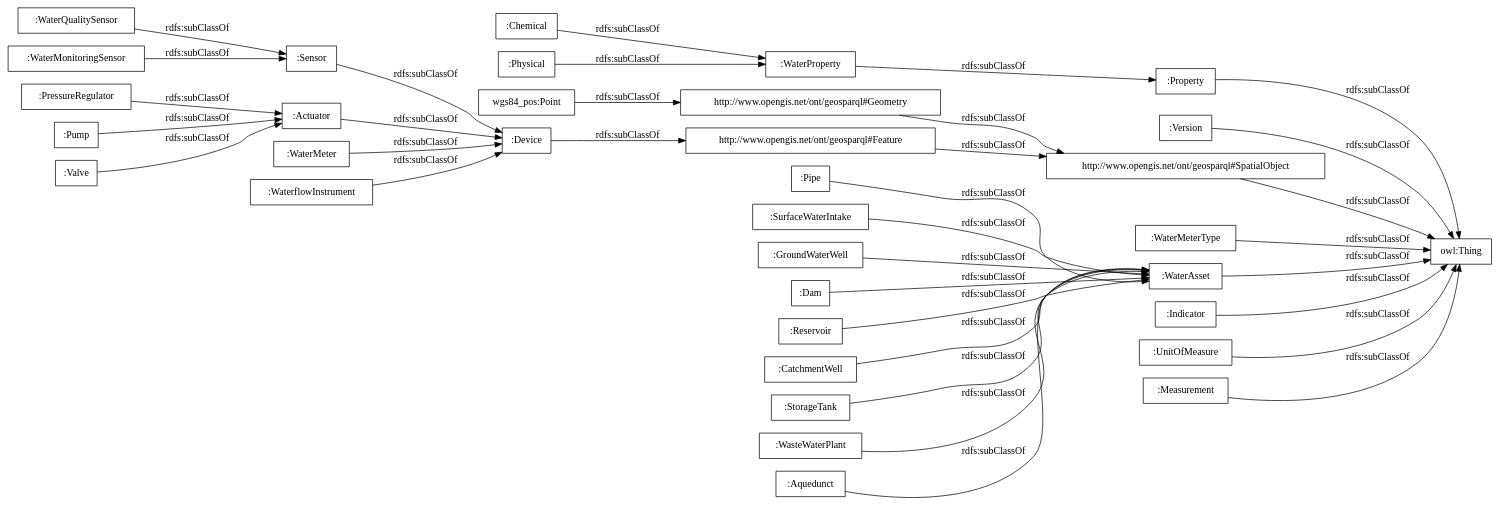
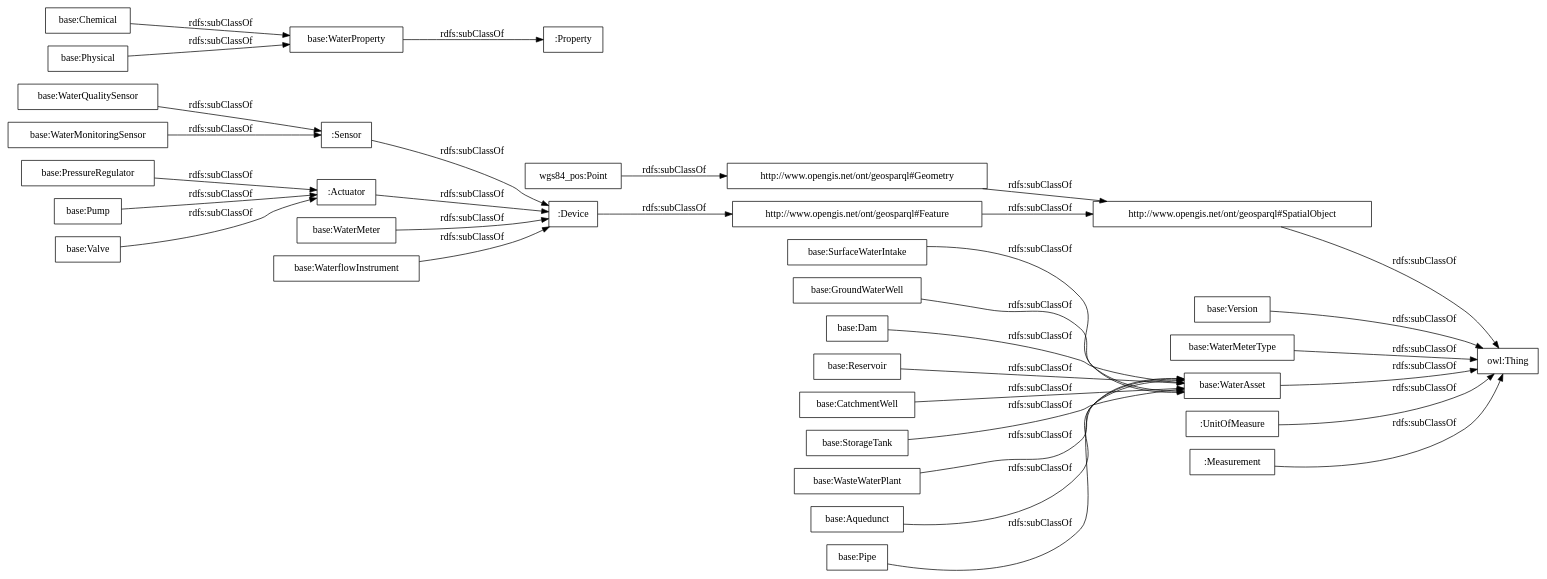
The diagram in OnToology/S4Water.owl/diagrams/ar2dtool-taxonomy/S4Water.owl.png.dot (tiwari2019/S4WATR-1), drawn with Graphviz before and after one commit. The commit also changed 13 other files, not shown here.

```diff
--- a/OnToology/S4Water.owl/diagrams/ar2dtool-taxonomy/S4Water.owl.png.dot
+++ b/OnToology/S4Water.owl/diagrams/ar2dtool-taxonomy/S4Water.owl.png.dot
@@ -1,39 +1,37 @@
 digraph ar2dtool_diagram { 
 rankdir=LR;
 size="1000"
-node [shape = rectangle, color="black"]; ":PressureRegulator" ":Version" ":WaterProperty" "http://www.opengis.net/ont/geosparql#Feature" ":Property" ":WaterMeterType" ":GroundWaterWell" ":Dam" ":WaterAsset" ":Reservoir" ":CatchmentWell" ":Sensor" ":WaterMeter" ":Device" ":Pump" ":StorageTank" ":Valve" ":Indicator" ":WaterMonitoringSensor" ":WasteWaterPlant" "http://www.opengis.net/ont/geosparql#SpatialObject" ":Aquedunct" "http://www.opengis.net/ont/geosparql#Geometry" ":WaterflowInstrument" ":Pipe" ":UnitOfMeasure" ":SurfaceWaterIntake" "wgs84_pos:Point" ":Measurement" ":Chemical" ":WaterQualitySensor" ":Physical" ":Actuator" ; /*classes style*/
+node [shape = rectangle, color="black"]; "base:PressureRegulator" "base:Version" "base:WaterProperty" "http://www.opengis.net/ont/geosparql#Feature" ":Property" "base:WaterMeterType" "base:GroundWaterWell" "base:Dam" "base:WaterAsset" "base:Reservoir" "base:CatchmentWell" ":Sensor" "base:WaterMeter" ":Device" "base:Pump" "base:StorageTank" "base:Valve" "base:WaterMonitoringSensor" "base:WasteWaterPlant" "http://www.opengis.net/ont/geosparql#SpatialObject" "base:Aquedunct" "http://www.opengis.net/ont/geosparql#Geometry" "base:WaterflowInstrument" "base:Pipe" ":UnitOfMeasure" "base:SurfaceWaterIntake" "wgs84_pos:Point" ":Measurement" "base:Chemical" "base:WaterQualitySensor" "base:Physical" ":Actuator" ; /*classes style*/
 	":Measurement" -> "owl:Thing" [ label = "rdfs:subClassOf" ];
-	":WaterflowInstrument" -> ":Device" [ label = "rdfs:subClassOf" ];
-	":Indicator" -> "owl:Thing" [ label = "rdfs:subClassOf" ];
-	":Reservoir" -> ":WaterAsset" [ label = "rdfs:subClassOf" ];
-	":Pipe" -> ":WaterAsset" [ label = "rdfs:subClassOf" ];
-	":WaterMonitoringSensor" -> ":Sensor" [ label = "rdfs:subClassOf" ];
-	":CatchmentWell" -> ":WaterAsset" [ label = "rdfs:subClassOf" ];
-	":StorageTank" -> ":WaterAsset" [ label = "rdfs:subClassOf" ];
-	":WaterMeter" -> ":Device" [ label = "rdfs:subClassOf" ];
-	":Dam" -> ":WaterAsset" [ label = "rdfs:subClassOf" ];
-	":WaterAsset" -> "owl:Thing" [ label = "rdfs:subClassOf" ];
-	":GroundWaterWell" -> ":WaterAsset" [ label = "rdfs:subClassOf" ];
-	":PressureRegulator" -> ":Actuator" [ label = "rdfs:subClassOf" ];
-	":WaterMeterType" -> "owl:Thing" [ label = "rdfs:subClassOf" ];
-	":Aquedunct" -> ":WaterAsset" [ label = "rdfs:subClassOf" ];
-	":Property" -> "owl:Thing" [ label = "rdfs:subClassOf" ];
+	"base:WaterflowInstrument" -> ":Device" [ label = "rdfs:subClassOf" ];
+	"base:Reservoir" -> "base:WaterAsset" [ label = "rdfs:subClassOf" ];
+	"base:Pipe" -> "base:WaterAsset" [ label = "rdfs:subClassOf" ];
+	"base:WaterMonitoringSensor" -> ":Sensor" [ label = "rdfs:subClassOf" ];
+	"base:CatchmentWell" -> "base:WaterAsset" [ label = "rdfs:subClassOf" ];
+	"base:StorageTank" -> "base:WaterAsset" [ label = "rdfs:subClassOf" ];
+	"base:WaterMeter" -> ":Device" [ label = "rdfs:subClassOf" ];
+	"base:Dam" -> "base:WaterAsset" [ label = "rdfs:subClassOf" ];
+	"base:WaterAsset" -> "owl:Thing" [ label = "rdfs:subClassOf" ];
+	"base:GroundWaterWell" -> "base:WaterAsset" [ label = "rdfs:subClassOf" ];
+	"base:PressureRegulator" -> ":Actuator" [ label = "rdfs:subClassOf" ];
+	"base:WaterMeterType" -> "owl:Thing" [ label = "rdfs:subClassOf" ];
+	"base:Aquedunct" -> "base:WaterAsset" [ label = "rdfs:subClassOf" ];
 	"wgs84_pos:Point" -> "http://www.opengis.net/ont/geosparql#Geometry" [ label = "rdfs:subClassOf" ];
-	":SurfaceWaterIntake" -> ":WaterAsset" [ label = "rdfs:subClassOf" ];
+	"base:SurfaceWaterIntake" -> "base:WaterAsset" [ label = "rdfs:subClassOf" ];
 	"http://www.opengis.net/ont/geosparql#Feature" -> "http://www.opengis.net/ont/geosparql#SpatialObject" [ label = "rdfs:subClassOf" ];
-	":Physical" -> ":WaterProperty" [ label = "rdfs:subClassOf" ];
+	"base:Physical" -> "base:WaterProperty" [ label = "rdfs:subClassOf" ];
 	"http://www.opengis.net/ont/geosparql#SpatialObject" -> "owl:Thing" [ label = "rdfs:subClassOf" ];
 	":Actuator" -> ":Device" [ label = "rdfs:subClassOf" ];
-	":WaterProperty" -> ":Property" [ label = "rdfs:subClassOf" ];
-	":WaterQualitySensor" -> ":Sensor" [ label = "rdfs:subClassOf" ];
-	":Valve" -> ":Actuator" [ label = "rdfs:subClassOf" ];
+	"base:WaterProperty" -> ":Property" [ label = "rdfs:subClassOf" ];
+	"base:WaterQualitySensor" -> ":Sensor" [ label = "rdfs:subClassOf" ];
+	"base:Valve" -> ":Actuator" [ label = "rdfs:subClassOf" ];
 	"http://www.opengis.net/ont/geosparql#Geometry" -> "http://www.opengis.net/ont/geosparql#SpatialObject" [ label = "rdfs:subClassOf" ];
-	":Chemical" -> ":WaterProperty" [ label = "rdfs:subClassOf" ];
+	"base:Chemical" -> "base:WaterProperty" [ label = "rdfs:subClassOf" ];
 	":UnitOfMeasure" -> "owl:Thing" [ label = "rdfs:subClassOf" ];
-	":Version" -> "owl:Thing" [ label = "rdfs:subClassOf" ];
-	":WasteWaterPlant" -> ":WaterAsset" [ label = "rdfs:subClassOf" ];
-	":Pump" -> ":Actuator" [ label = "rdfs:subClassOf" ];
+	"base:Version" -> "owl:Thing" [ label = "rdfs:subClassOf" ];
+	"base:WasteWaterPlant" -> "base:WaterAsset" [ label = "rdfs:subClassOf" ];
+	"base:Pump" -> ":Actuator" [ label = "rdfs:subClassOf" ];
 	":Sensor" -> ":Device" [ label = "rdfs:subClassOf" ];
 	":Device" -> "http://www.opengis.net/ont/geosparql#Feature" [ label = "rdfs:subClassOf" ];
 
 }
```
